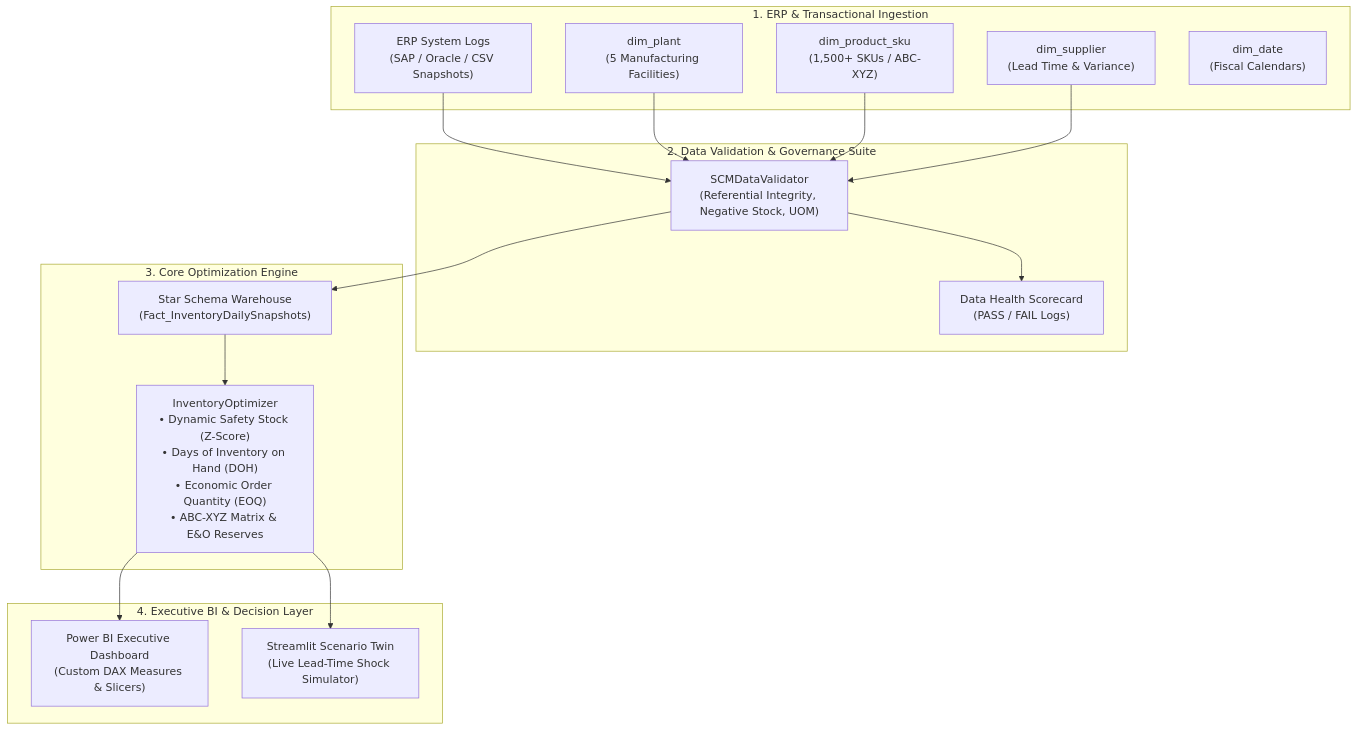
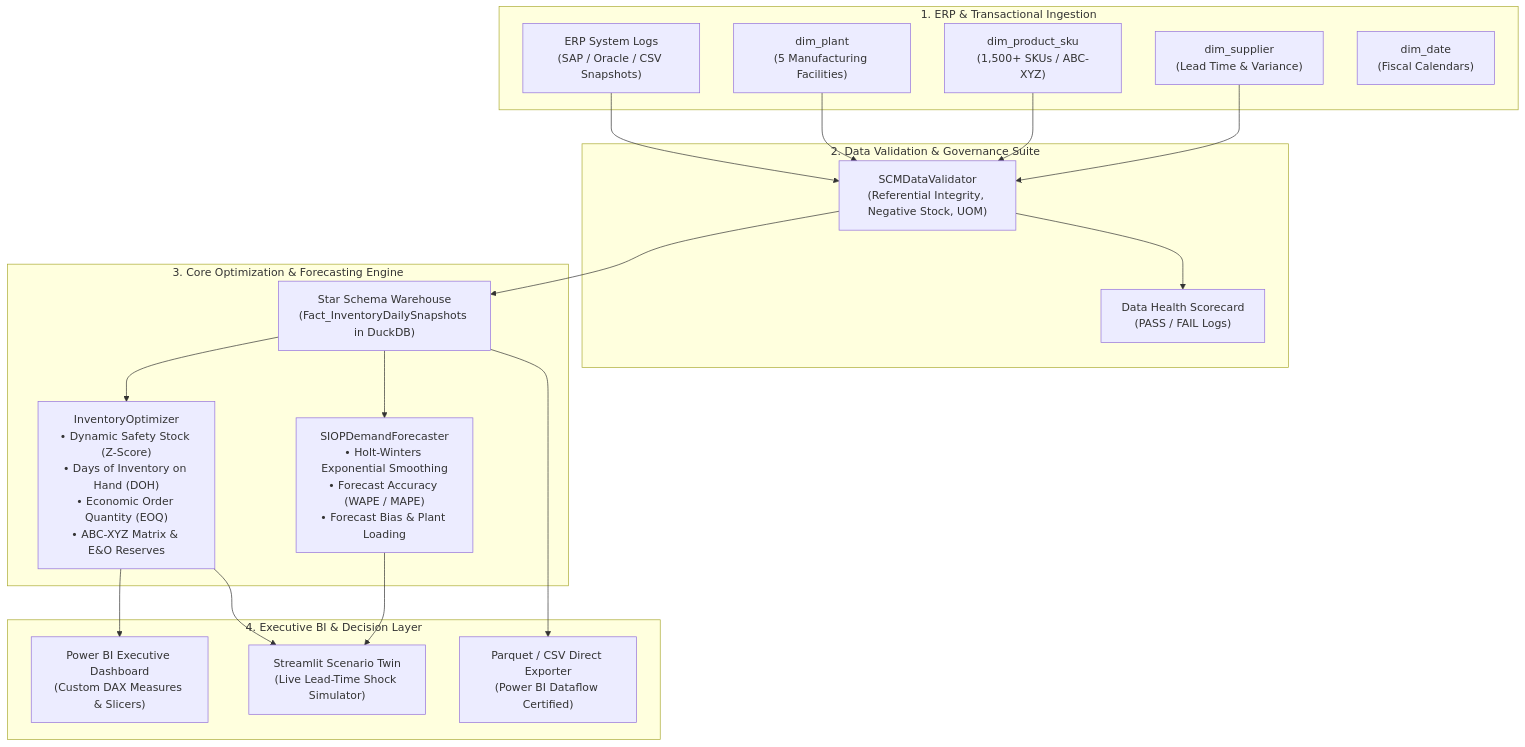
The first of 2 diagrams in README.md (rajmodi262/siop-inventory-optimization-hub), drawn with Mermaid before and after one commit. The commit also changed other lines of this file and 6 other files, not shown here.

Commit message:
feat: add SIOP Holt-Winters demand forecasting, WAPE/MAPE metrics, automated DuckDB ETL pipeline, and Power BI parquet exporter

````diff
--- a/README.md
+++ b/README.md
@@ -30,35 +32,40 @@
 ```mermaid
 flowchart TD
     subgraph Data_Layer ["1. ERP & Transactional Ingestion"]
         ERP["ERP System Logs\n(SAP / Oracle / CSV Snapshots)"]
         PLANT["dim_plant\n(5 Manufacturing Facilities)"]
         SKU["dim_product_sku\n(1,500+ SKUs / ABC-XYZ)"]
         SUP["dim_supplier\n(Lead Time & Variance)"]
         DATE["dim_date\n(Fiscal Calendars)"]
     end
 
     subgraph Governance ["2. Data Validation & Governance Suite"]
         QA["SCMDataValidator\n(Referential Integrity, Negative Stock, UOM)"]
         LOG["Data Health Scorecard\n(PASS / FAIL Logs)"]
     end
 
-    subgraph Analytical_Engine ["3. Core Optimization Engine"]
+    subgraph Analytical_Engine ["3. Core Optimization & Forecasting Engine"]
         OPT["InventoryOptimizer\n• Dynamic Safety Stock (Z-Score)\n• Days of Inventory on Hand (DOH)\n• Economic Order Quantity (EOQ)\n• ABC-XYZ Matrix & E&O Reserves"]
-        STAR["Star Schema Warehouse\n(Fact_InventoryDailySnapshots)"]
+        FC["SIOPDemandForecaster\n• Holt-Winters Exponential Smoothing\n• Forecast Accuracy (WAPE / MAPE)\n• Forecast Bias & Plant Loading"]
+        STAR["Star Schema Warehouse\n(Fact_InventoryDailySnapshots in DuckDB)"]
     end
 
     subgraph Delivery_Layer ["4. Executive BI & Decision Layer"]
         PBI["Power BI Executive Dashboard\n(Custom DAX Measures & Slicers)"]
         APP["Streamlit Scenario Twin\n(Live Lead-Time Shock Simulator)"]
+        EXP["Parquet / CSV Direct Exporter\n(Power BI Dataflow Certified)"]
     end
 
     ERP --> QA
     PLANT --> QA
     SKU --> QA
     SUP --> QA
     QA --> LOG
     QA --> STAR
     STAR --> OPT
+    STAR --> FC
     OPT --> PBI
     OPT --> APP
+    FC --> APP
+    STAR --> EXP
 ```
````
